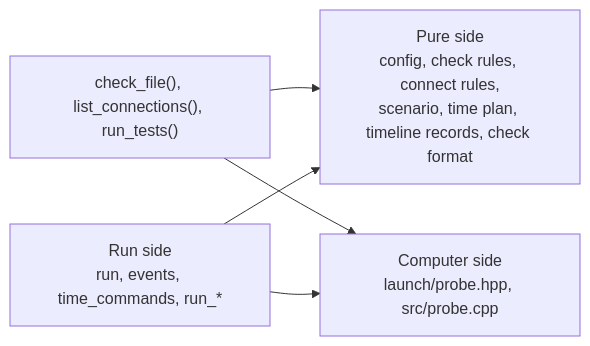
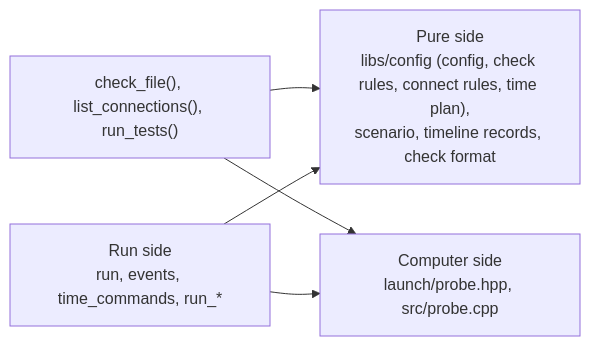
The second of 3 diagrams in docs/architecture.md (rahanahu/vehicle-sil), drawn with Mermaid before and after one commit. The commit also changed other lines of this file and 89 other files, not shown here.

First line of the commit message:
build: split the configuration and its check into libs/config (#285)

````diff
--- a/docs/architecture.md
+++ b/docs/architecture.md
@@ -219,11 +220,11 @@
 ```mermaid
 flowchart LR
-    pure["Pure side<br>config, check rules, connect rules,<br>scenario, time plan, timeline records, check format"]
+    pure["Pure side<br>libs/config (config, check rules, connect rules, time plan),<br>scenario, timeline records, check format"]
     assemble["check_file(), list_connections(), run_tests()"]
     probe["Computer side<br>launch/probe.hpp, src/probe.cpp"]
     run["Run side<br>run, events, time_commands, run_*"]
     assemble --> pure
     assemble --> probe
     run --> pure
     run --> probe
 ```
````
